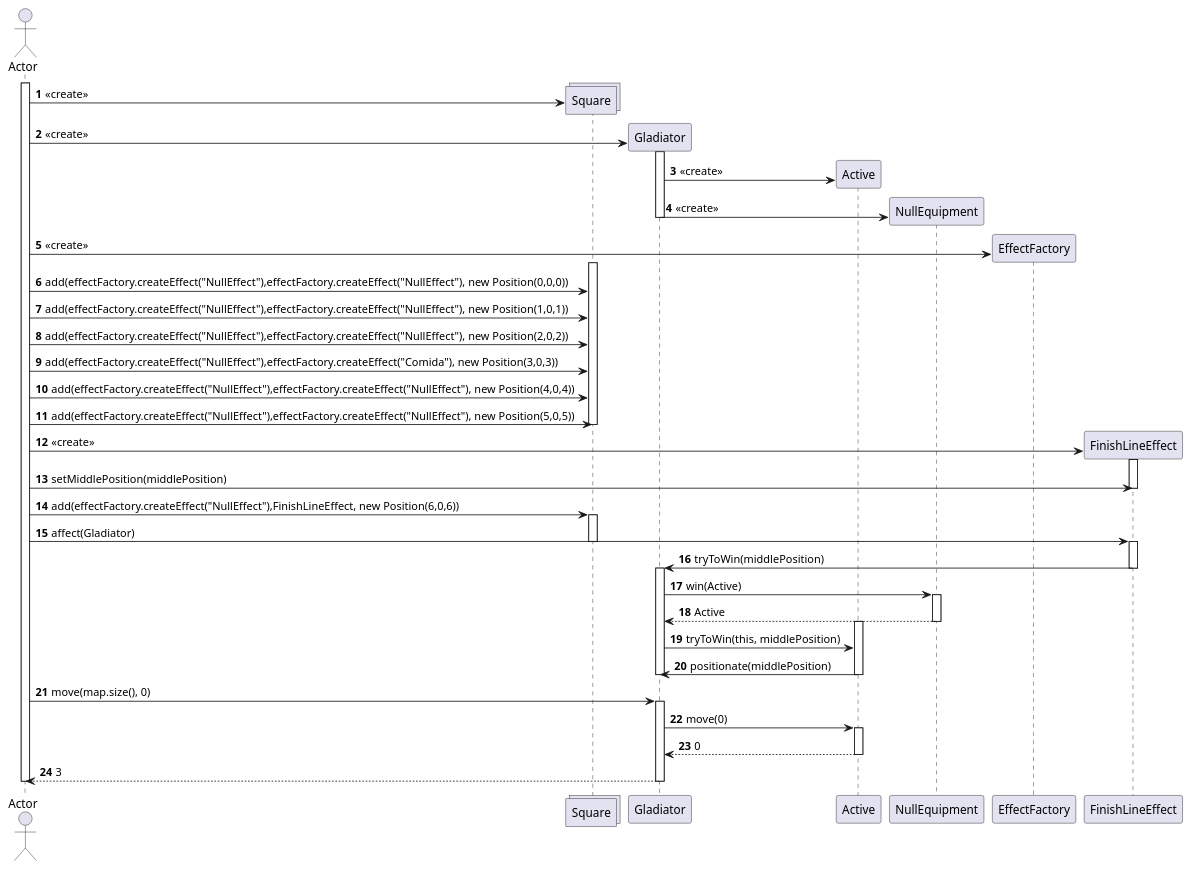
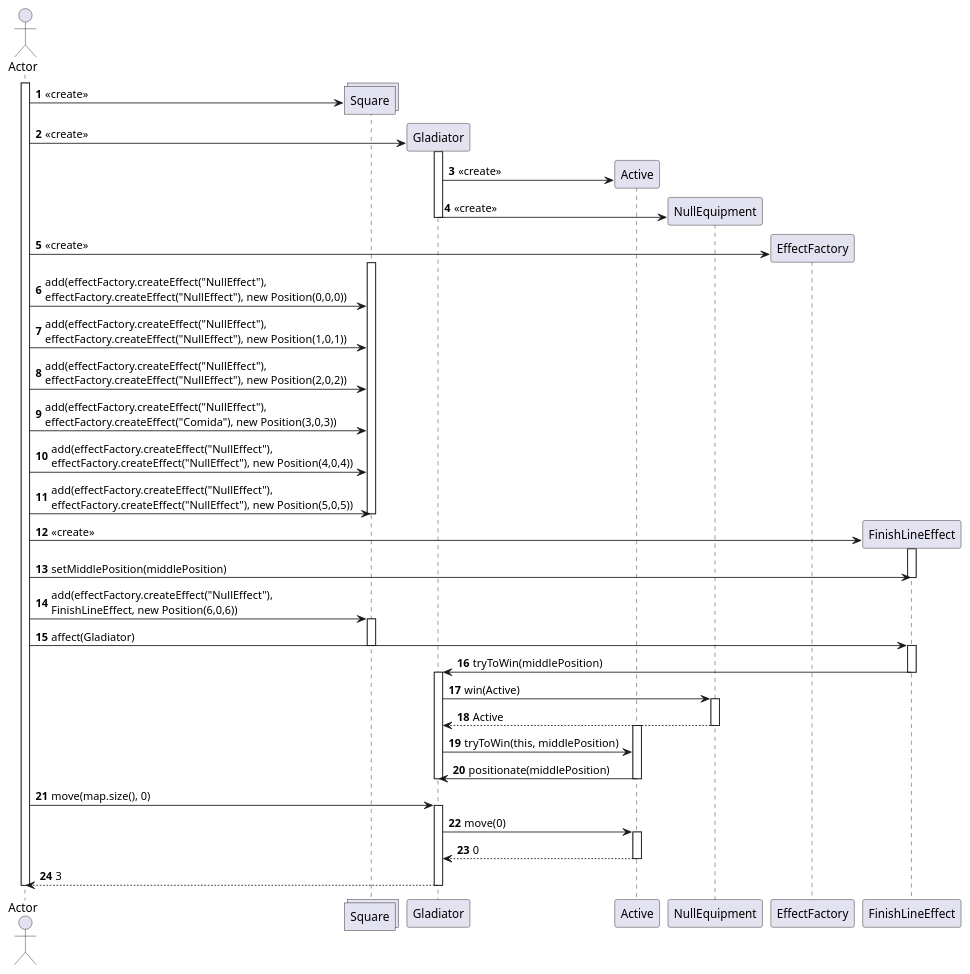
One commit to PabloGCH/tp2-algo3 changed the diagram in diagrams/sequences/FinishLineEffectWithoutKey.plantuml. Above: the diagram before and after it, drawn with PlantUML. The commit also changed 8 other files, not shown here.

Commit message:
MultiLines in sequence diagrams

```diff
--- a/diagrams/sequences/FinishLineEffectWithoutKey.plantuml
+++ b/diagrams/sequences/FinishLineEffectWithoutKey.plantuml
@@ -1,64 +1,64 @@
 @startuml
 autonumber
 actor Actor
 activate Actor
 create collections Square
 Actor -> Square: <<create>>
 
 create  Gladiator
 Actor -> Gladiator: <<create>>
 activate Gladiator
     create Active
     Gladiator -> Active : <<create>>
     create NullEquipment
     Gladiator -> NullEquipment: <<create>>
 deactivate Gladiator
 
 create EffectFactory
 Actor -> EffectFactory: <<create>>
 activate Square
-    Actor -> Square: add(effectFactory.createEffect("NullEffect"),effectFactory.createEffect("NullEffect"), new Position(0,0,0))
-    Actor -> Square: add(effectFactory.createEffect("NullEffect"),effectFactory.createEffect("NullEffect"), new Position(1,0,1))
-    Actor -> Square: add(effectFactory.createEffect("NullEffect"),effectFactory.createEffect("NullEffect"), new Position(2,0,2))
-    Actor -> Square: add(effectFactory.createEffect("NullEffect"),effectFactory.createEffect("Comida"), new Position(3,0,3))
-    Actor -> Square: add(effectFactory.createEffect("NullEffect"),effectFactory.createEffect("NullEffect"), new Position(4,0,4))
-    Actor -> Square: add(effectFactory.createEffect("NullEffect"),effectFactory.createEffect("NullEffect"), new Position(5,0,5))
+    Actor -> Square: add(effectFactory.createEffect("NullEffect"),\neffectFactory.createEffect("NullEffect"), new Position(0,0,0))
+    Actor -> Square: add(effectFactory.createEffect("NullEffect"),\neffectFactory.createEffect("NullEffect"), new Position(1,0,1))
+    Actor -> Square: add(effectFactory.createEffect("NullEffect"),\neffectFactory.createEffect("NullEffect"), new Position(2,0,2))
+    Actor -> Square: add(effectFactory.createEffect("NullEffect"),\neffectFactory.createEffect("Comida"), new Position(3,0,3))
+    Actor -> Square: add(effectFactory.createEffect("NullEffect"),\neffectFactory.createEffect("NullEffect"), new Position(4,0,4))
+    Actor -> Square: add(effectFactory.createEffect("NullEffect"),\neffectFactory.createEffect("NullEffect"), new Position(5,0,5))
 deactivate Square
 
 create FinishLineEffect
 Actor -> FinishLineEffect: <<create>>
 activate FinishLineEffect
     Actor -> FinishLineEffect: setMiddlePosition(middlePosition)
 deactivate FinishLineEffect
 
-Actor -> Square: add(effectFactory.createEffect("NullEffect"),FinishLineEffect, new Position(6,0,6))
+Actor -> Square: add(effectFactory.createEffect("NullEffect"),\nFinishLineEffect, new Position(6,0,6))
 activate Square
     Actor -> FinishLineEffect: affect(Gladiator)
 deactivate Square
 
 activate FinishLineEffect
     FinishLineEffect -> Gladiator: tryToWin(middlePosition)
 deactivate FinishLineEffect
 
 activate Gladiator
     Gladiator -> NullEquipment: win(Active)
     activate NullEquipment
         NullEquipment --> Gladiator: Active
     deactivate NullEquipment
     activate Active
         Gladiator -> Active: tryToWin(this, middlePosition)
         Active -> Gladiator: positionate(middlePosition)
     deactivate Active
 deactivate Gladiator
 
 Actor -> Gladiator: move(map.size(), 0)
 activate Gladiator
     Gladiator -> Active: move(0)
     activate Active
         Active --> Gladiator: 0
     deactivate Active
     Gladiator --> Actor: 3
 deactivate Gladiator
 
 deactivate Actor
 @enduml
```
